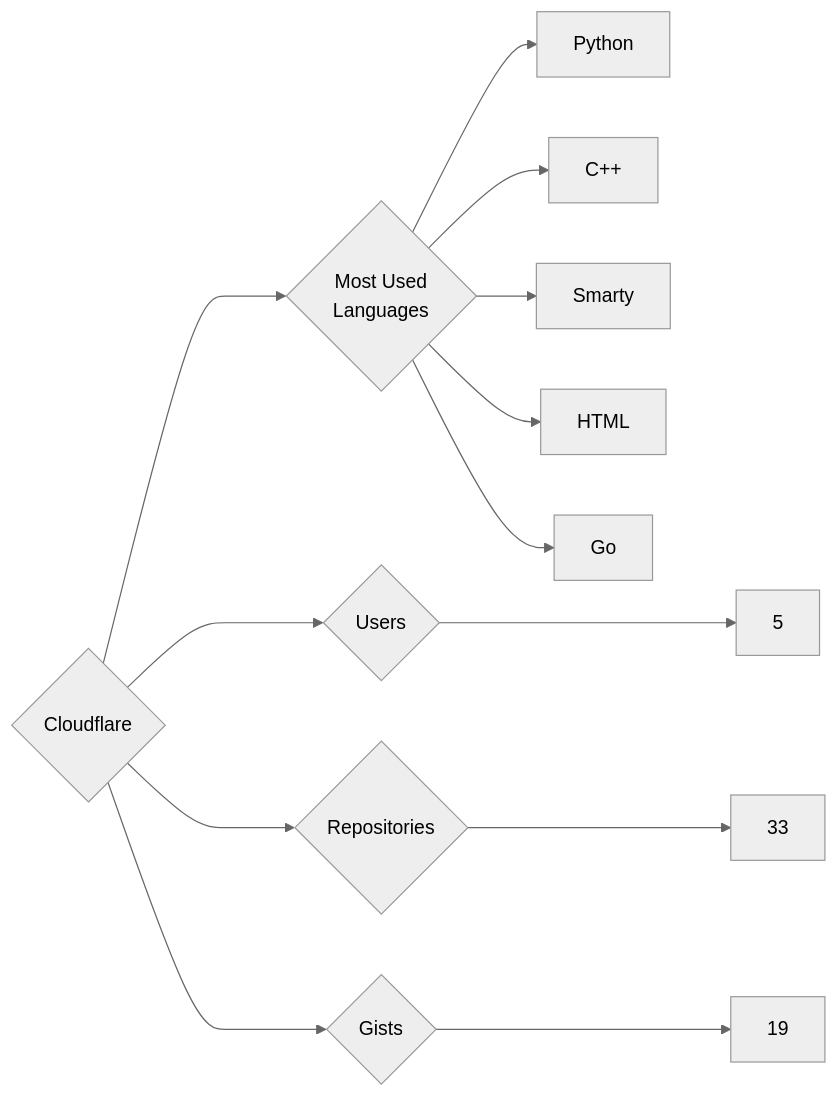
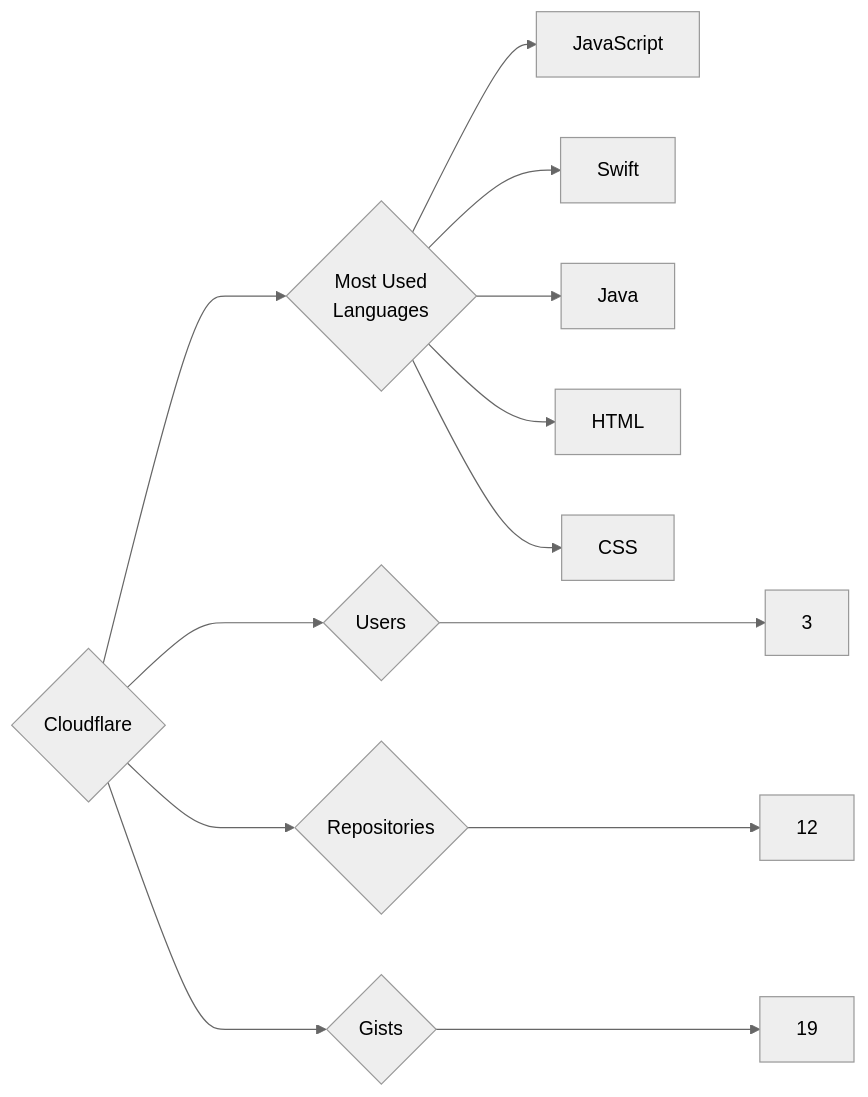
Before and after one commit to trickest/insiders: the diagram in targets/Cloudflare/README.md, drawn with Mermaid (neutral theme). The commit also changed 933 other files, not shown here.

````diff
--- a/targets/Cloudflare/README.md
+++ b/targets/Cloudflare/README.md
@@ -3,13 +3,13 @@
 ```mermaid
 graph LR
 COMPANY_NAME{Cloudflare}
-COMPANY_NAME ---> U{Users} ---> UN[5]
-COMPANY_NAME ---> R{Repositories} ---> RN[33]
+COMPANY_NAME ---> U{Users} ---> UN[3]
+COMPANY_NAME ---> R{Repositories} ---> RN[12]
 COMPANY_NAME ---> G{Gists} ---> GN[19]
 COMPANY_NAME ---> ML{Most Used<br>Languages}
-ML --> Python[Python]
-ML --> C++[C++]
-ML --> Smarty[Smarty]
+ML --> JavaScript[JavaScript]
+ML --> Swift[Swift]
+ML --> Java[Java]
 ML --> HTML[HTML]
-ML --> Go[Go]
+ML --> CSS[CSS]
 ```
````
